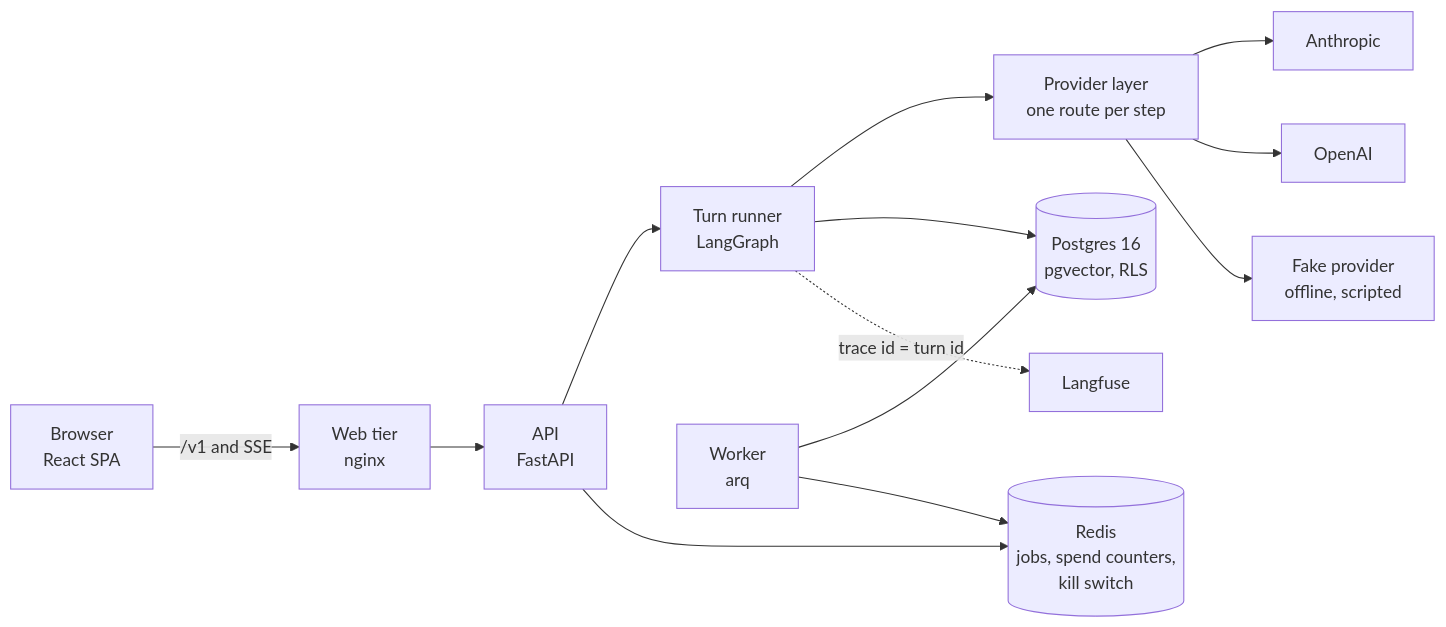
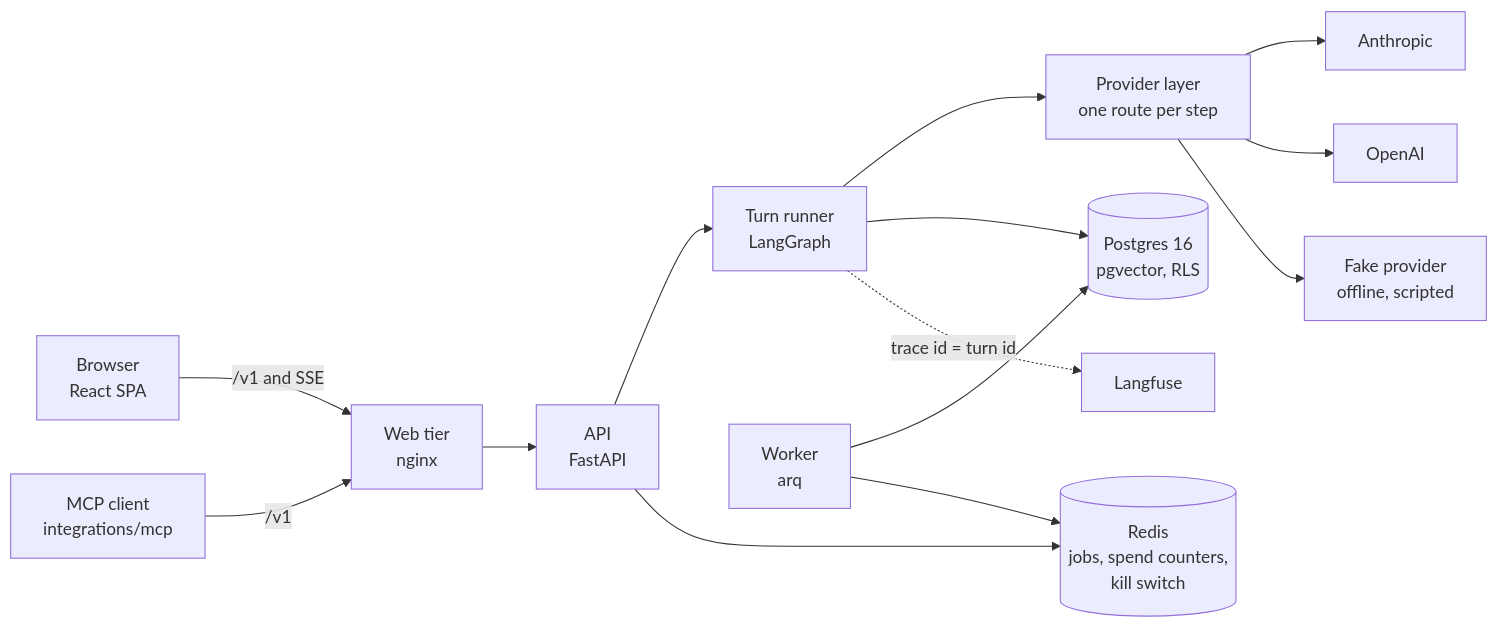
The first of 5 diagrams in docs/architecture.md (RaajPatel132/2nd-Mind), drawn with Mermaid before and after one commit. The commit also changed 1 other file, not shown here.

Commit message:
docs(repo): link the evidence, case study and MCP server from the README
Badges for the newest recall run and unit coverage (they light up when Pages
is on), four things measuring taught, a compact diagram, and the MCP line in the
status. The generated numbers block is untouched.

````diff
--- a/docs/architecture.md
+++ b/docs/architecture.md
@@ -19,15 +19,16 @@
 ```mermaid
 flowchart LR
   B["Browser<br/>React SPA"] -->|"/v1 and SSE"| W["Web tier<br/>nginx"]
+  M["MCP client<br/>integrations/mcp"] -->|"/v1"| W
   W --> A["API<br/>FastAPI"]
   A --> R["Turn runner<br/>LangGraph"]
   R --> P["Provider layer<br/>one route per step"]
   P --> M1["Anthropic"]
   P --> M2["OpenAI"]
   P --> M3["Fake provider<br/>offline, scripted"]
   R --> DB[("Postgres 16<br/>pgvector, RLS")]
   A --> RD[("Redis<br/>jobs, spend counters,<br/>kill switch")]
   WK["Worker<br/>arq"] --> DB
   WK --> RD
   R -. "trace id = turn id" .-> LF["Langfuse"]
 ```
````
